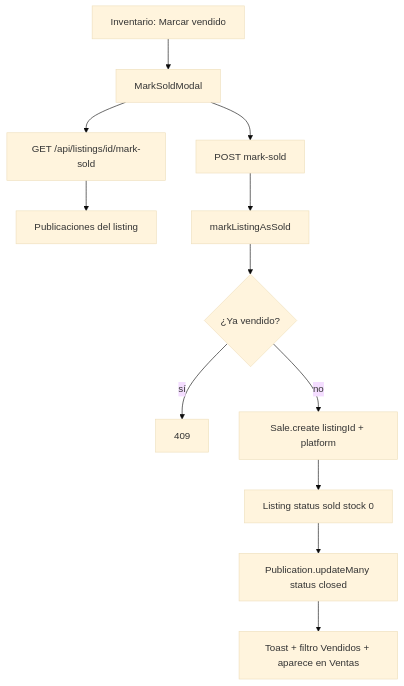
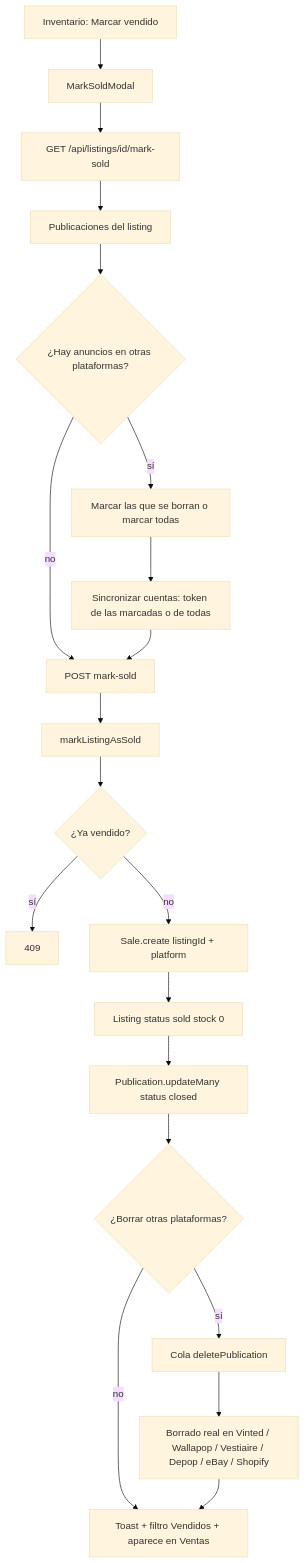
The first of 2 diagrams in docs/diagrams/flows/mark-sold.md (Bulldog-Vintage-SL/vinted-accounting), drawn with Mermaid (base theme) before and after one commit. The commit also changed other lines of this file and 4 other files, not shown here.

Commit message:
feat: delete leftover marketplace ads when marking a listing sold

````diff
--- a/docs/diagrams/flows/mark-sold.md
+++ b/docs/diagrams/flows/mark-sold.md
@@ -7,14 +7,22 @@
 ```mermaid
 flowchart TD
   User[Inventario: Marcar vendido] --> Modal[MarkSoldModal]
   Modal --> GET[GET /api/listings/id/mark-sold]
   GET --> Pubs[Publicaciones del listing]
-  Modal --> POST[POST mark-sold]
+  Pubs --> Other{¿Hay anuncios en otras plataformas?}
+  Other -->|sí| Select[Marcar las que se borran o marcar todas]
+  Select --> Token[Sincronizar cuentas: token de las marcadas o de todas]
+  Other -->|no| POST
+  Token --> POST[POST mark-sold]
   POST --> Lib[markListingAsSold]
   Lib --> Check{¿Ya vendido?}
   Check -->|sí| Err409[409]
   Check -->|no| Sale[Sale.create listingId + platform]
   Sale --> Listing[Listing status sold stock 0]
   Listing --> Close[Publication.updateMany status closed]
-  Close --> UI[Toast + filtro Vendidos + aparece en Ventas]
+  Close --> Delete{¿Borrar otras plataformas?}
+  Delete -->|no| UI[Toast + filtro Vendidos + aparece en Ventas]
+  Delete -->|sí| Queue[Cola deletePublication]
+  Queue --> Market[Borrado real en Vinted / Wallapop / Vestiaire / Depop / eBay / Shopify]
+  Market --> UI
 ```
````
